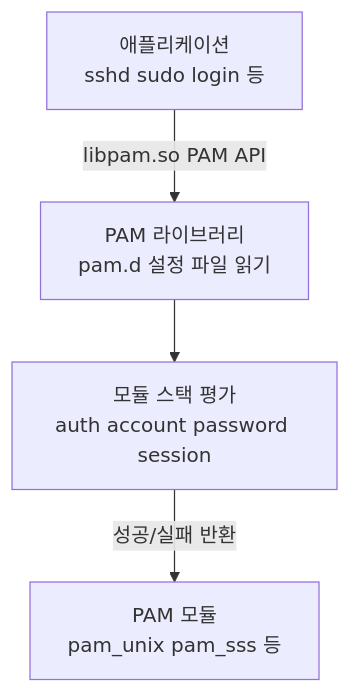
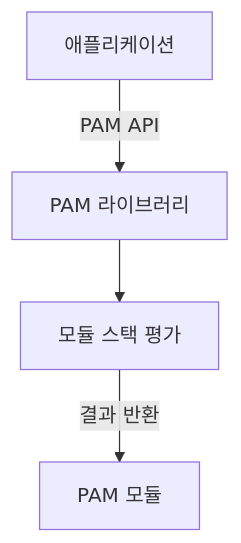
One commit to moonblueblue/devops-wiki changed the first of 2 diagrams in content/linux/linux-security/pam.md. Above: the diagram before and after it, drawn with Mermaid. The commit also changed other lines of this file and 37 other files, not shown here.

First line of the commit message:
style: linux 카테고리 ASCII 도표·Mermaid 라벨 형식 교정

````diff
--- a/content/linux/linux-security/pam.md
+++ b/content/linux/linux-security/pam.md
@@ -34,9 +34,9 @@
 ```mermaid
 graph TD
-    APP["애플리케이션\nsshd sudo login 등"]
-    APP -->|"libpam.so PAM API"| LIB
-    LIB["PAM 라이브러리\npam.d 설정 파일 읽기"]
-    LIB --> STACK["모듈 스택 평가\nauth account password session"]
-    STACK -->|"성공/실패 반환"| MOD
-    MOD["PAM 모듈\npam_unix pam_sss 등"]
+    APP["애플리케이션"]
+    APP -->|PAM API| LIB
+    LIB["PAM 라이브러리"]
+    LIB --> STACK["모듈 스택 평가"]
+    STACK -->|결과 반환| MOD
+    MOD["PAM 모듈"]
 ```
````
